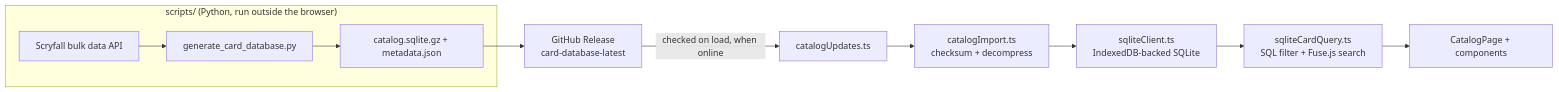
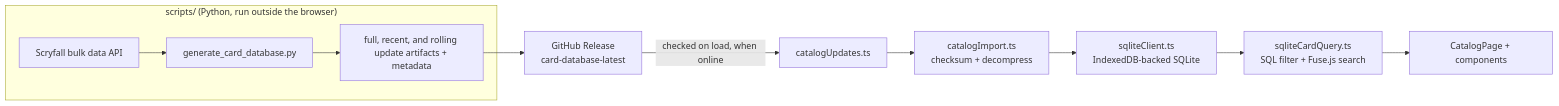
Before and after one commit to laisolizq/magic_catalog: the diagram in doc/architecture.md, drawn with Mermaid. The commit also changed 10 other files, not shown here.

Commit message:
feat: add support for rolling updates with migration artifacts in catalog database

````diff
--- a/doc/architecture.md
+++ b/doc/architecture.md
@@ -25,14 +25,14 @@
 ```mermaid
 flowchart LR
     subgraph Offline["scripts/ (Python, run outside the browser)"]
         A[Scryfall bulk data API] --> B[generate_card_database.py]
-        B --> C[catalog.sqlite.gz + metadata.json]
+        B --> C[full, recent, and rolling update artifacts + metadata]
     end
 
     C --> D["GitHub Release\ncard-database-latest"]
     D -->|checked on load, when online| E[catalogUpdates.ts]
     E --> F[catalogImport.ts\nchecksum + decompress]
     F --> G[sqliteClient.ts\nIndexedDB-backed SQLite]
     G --> H[sqliteCardQuery.ts\nSQL filter + Fuse.js search]
     H --> I[CatalogPage + components]
 ```
````
